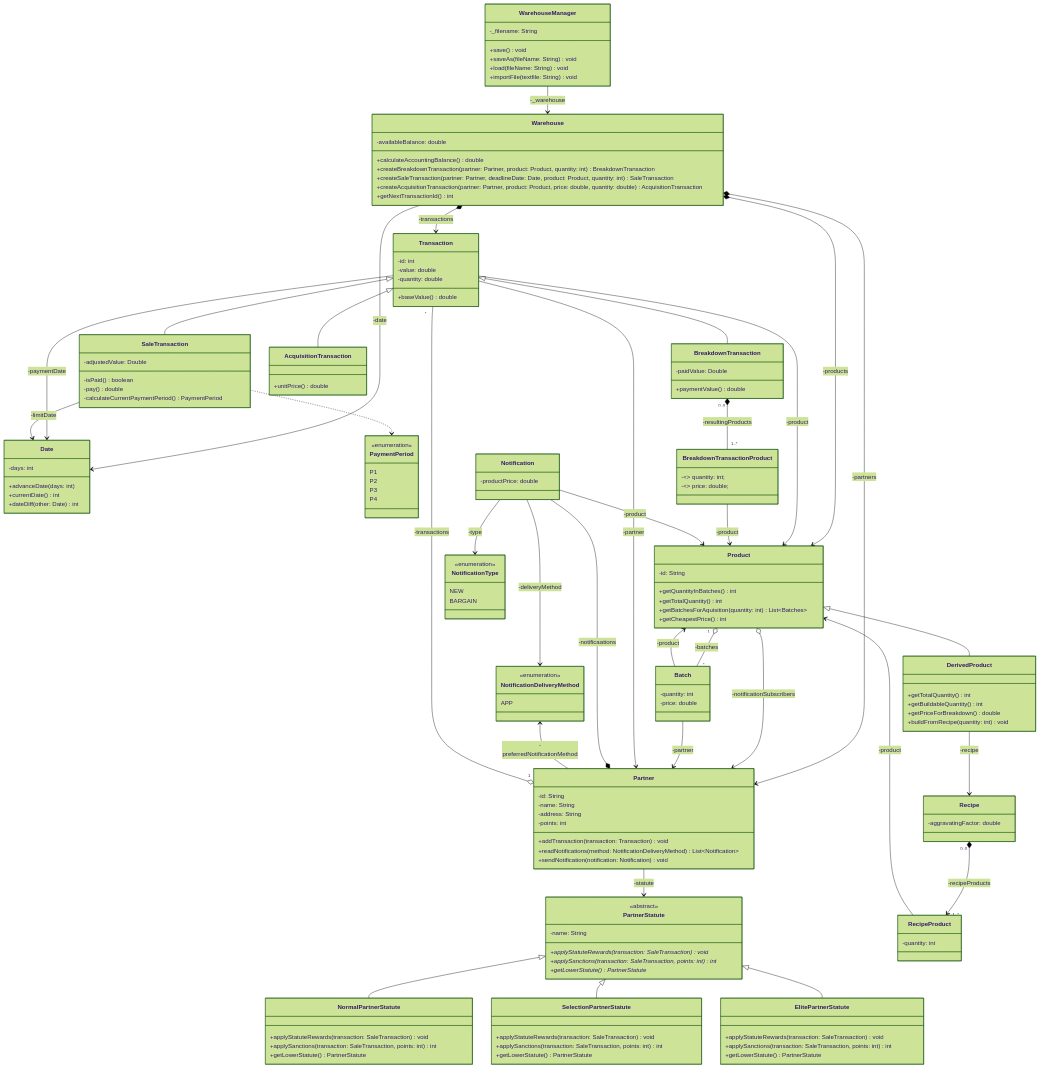
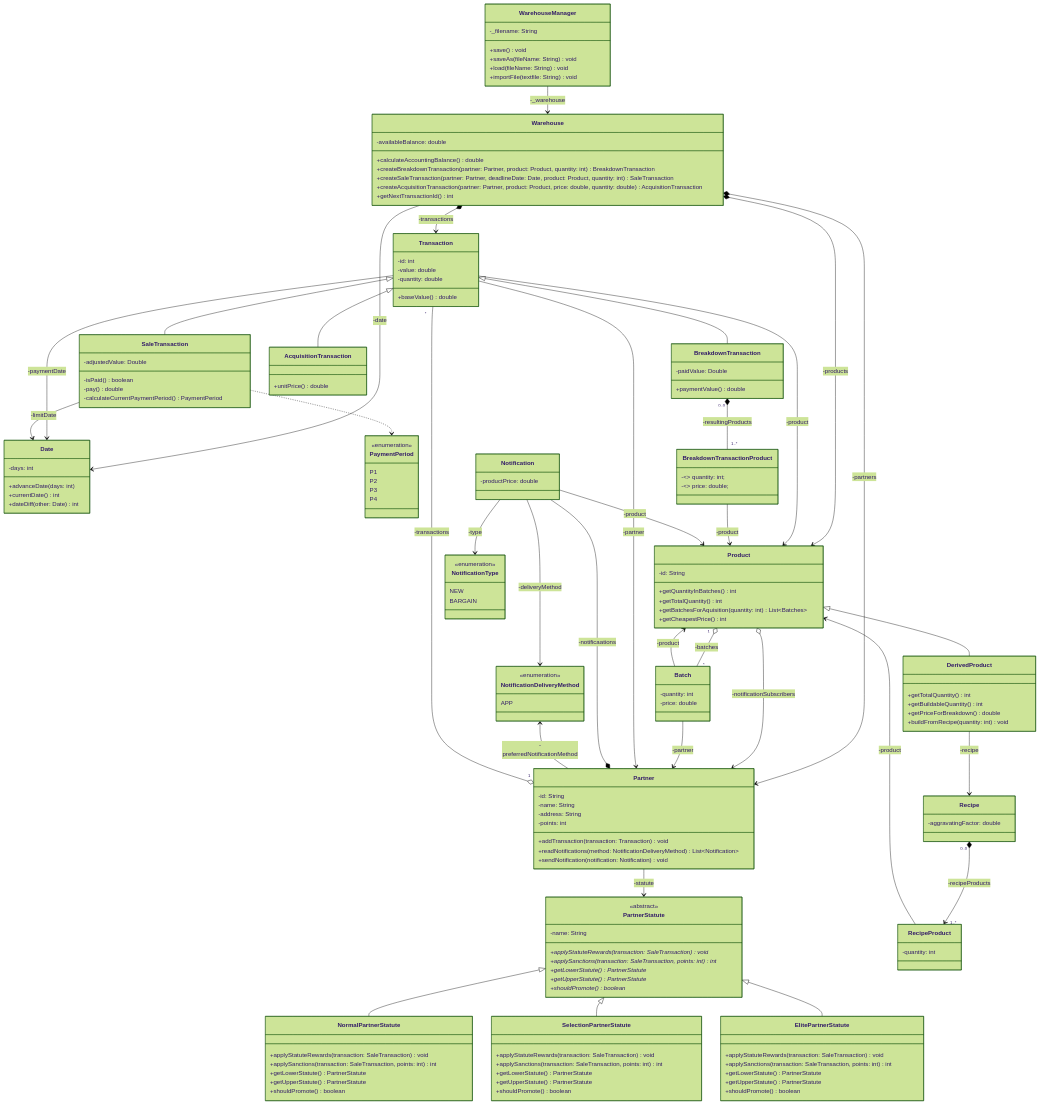
The diagram in uml/ggc-core.mmd (ist199211-ist199311/warehouse-manager-po), drawn with Mermaid (forest theme) before and after one commit.

Commit message:
Add statute upgrade methods to core UML

```diff
--- a/uml/ggc-core.mmd
+++ b/uml/ggc-core.mmd
@@ -1,189 +1,197 @@
 classDiagram
     class WarehouseManager {
         -_filename: String
         +save() void
         +saveAs(fileName: String) void
         +load(fileName: String) void
         +importFile(textfile: String) void
     }
 
     class Warehouse {
         -availableBalance: double
 
         +calculateAccountingBalance() double
         +createBreakdownTransaction(partner: Partner, product: Product, quantity: int) BreakdownTransaction
         +createSaleTransaction(partner: Partner, deadlineDate: Date, product: Product, quantity: int) SaleTransaction
         +createAcquisitionTransaction(partner: Partner, product: Product, price: double, quantity: double) AcquisitionTransaction
         +getNextTransactionId() int
     }
 
     class Date {
         -days: int
 
         +advanceDate(days: int)
         +currentDate() int
         +dateDiff(other: Date) int
     }
 
     class Product {
         -id: String
         +getQuantityInBatches() int
         +getTotalQuantity() int
         +getBatchesForAquisition(quantity: int) List~Batches~
         +getCheapestPrice() int
     }
 
     class DerivedProduct {
         +getTotalQuantity() int
         +getBuildableQuantity() int
         +getPriceForBreakdown() double
         +buildFromRecipe(quantity: int) void
     }
 
     class Batch {
         -quantity: int
         -price: double
     }
 
     class Partner {
         -id: String
         -name: String
         -address: String
         -points: int
 
         +addTransaction(transaction: Transaction) void
         +readNotifications(method: NotificationDeliveryMethod) List~Notification~
         +sendNotification(notification: Notification) void
     }
 
     class PartnerStatute {
         <<abstract>>
         -name: String
         +applyStatuteRewards(transaction: SaleTransaction)* void
         +applySanctions(transaction: SaleTransaction, points: int)* int
         +getLowerStatute()* PartnerStatute
+        +getUpperStatute()* PartnerStatute
+        +shouldPromote()* boolean
     }
 
     class NormalPartnerStatute {
         +applyStatuteRewards(transaction: SaleTransaction) void
         +applySanctions(transaction: SaleTransaction, points: int) int
         +getLowerStatute() PartnerStatute
+        +getUpperStatute() PartnerStatute
+        +shouldPromote() boolean
     }
 
     class SelectionPartnerStatute {
         +applyStatuteRewards(transaction: SaleTransaction) void
         +applySanctions(transaction: SaleTransaction, points: int) int
         +getLowerStatute() PartnerStatute
+        +getUpperStatute() PartnerStatute
+        +shouldPromote() boolean
     }
 
     class ElitePartnerStatute {
         +applyStatuteRewards(transaction: SaleTransaction) void
         +applySanctions(transaction: SaleTransaction, points: int) int
         +getLowerStatute() PartnerStatute
+        +getUpperStatute() PartnerStatute
+        +shouldPromote() boolean
     }
 
     class Recipe {
         -aggravatingFactor: double
     }
 
     class RecipeProduct {
         -quantity: int
     }
 
     class Transaction {
         -id: int
         -value: double
         -quantity: double
         +baseValue() double
     }
 
     class BreakdownTransaction {
         -paidValue: Double
         +paymentValue() double
     }
 
     class SaleTransaction {
         -adjustedValue: Double
         -isPaid() boolean
         -pay() double
         -calculateCurrentPaymentPeriod() PaymentPeriod
     }
 
     class PaymentPeriod {
         <<enumeration>>
         P1
         P2
         P3
         P4
     }
 
     class AcquisitionTransaction {
         +unitPrice() double
     }
 
     class BreakdownTransactionProduct {
         -<<final>> quantity: int;
         -<<final>> price: double;
     }
 
     class NotificationType {
         <<enumeration>>
         NEW
         BARGAIN
     }
 
     class NotificationDeliveryMethod {
         <<enumeration>>
         APP
     }
 
     class Notification {
       -productPrice: double
     }
 
     WarehouseManager --> Warehouse: -_warehouse
 
     Warehouse *--> Transaction: -transactions
     Warehouse *--> Partner: -partners
     Warehouse *--> Product: -products
     Warehouse --> Date: -date
 
     Product <|-- DerivedProduct
     Product o--> Partner: -notificationSubscribers
 
     Recipe "0..0" *--> "1..*" RecipeProduct: -recipeProducts
     DerivedProduct --> Recipe: -recipe
     RecipeProduct --> Product: -product
 
     Transaction <|-- BreakdownTransaction
     Transaction <|-- SaleTransaction
     Transaction <|-- AcquisitionTransaction
 
     Transaction --> Product: -product
     Transaction --> Date: -paymentDate
 
     SaleTransaction --> Date: -limitDate
     SaleTransaction ..> PaymentPeriod
 
     BreakdownTransaction "0..0" *-- "1..*" BreakdownTransactionProduct: -resultingProducts
     BreakdownTransactionProduct --> Product : -product
 
     Batch --> Partner: -partner
     Transaction --> Partner: -partner
     Batch --> Product: -product
 
     Partner --> PartnerStatute: -statute
     Partner "1" o-- "*" Transaction: -transactions
 
     PartnerStatute <|-- NormalPartnerStatute
     PartnerStatute <|-- SelectionPartnerStatute
     PartnerStatute <|-- ElitePartnerStatute
 
     Product "1" o-- "*" Batch: -batches
 
     Notification --> Product: -product
     Notification --> NotificationDeliveryMethod: -deliveryMethod
     Notification --> NotificationType: -type
     Notification --* Partner: -notificaations
 
     NotificationDeliveryMethod <-- Partner: -preferredNotificationMethod
```
